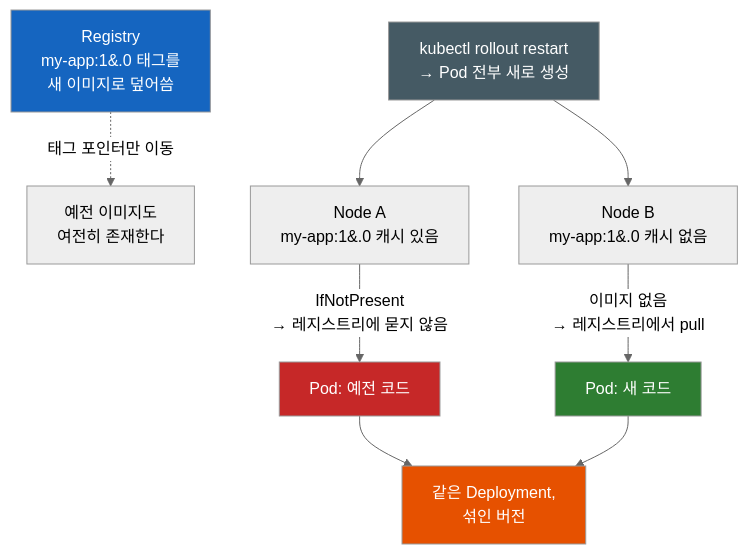
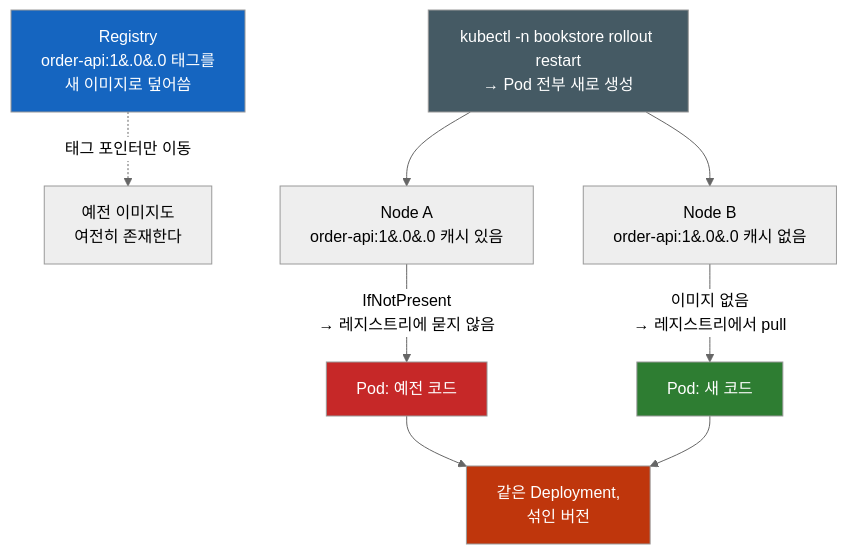
The first of 3 diagrams in kubernetes/Kubernetes-Image-Tag-Digest.md (sskim91/TIL), drawn with Mermaid (neutral theme) before and after one commit. The commit also changed other lines of this file and 39 other files, not shown here.

````diff
--- a/kubernetes/Kubernetes-Image-Tag-Digest.md
+++ b/kubernetes/Kubernetes-Image-Tag-Digest.md
@@ -19,22 +19,22 @@
 ```mermaid
 flowchart TB
-    reg["Registry<br>my-app:1&#46;0 태그를<br>새 이미지로 덮어씀"]
+    reg["Registry<br>order-api:1&#46;0&#46;0 태그를<br>새 이미지로 덮어씀"]
     reg -.->|"태그 포인터만 이동"| note["예전 이미지도<br>여전히 존재한다"]
 
-    restart["kubectl rollout restart<br>→ Pod 전부 새로 생성"]
+    restart["kubectl -n bookstore rollout restart<br>→ Pod 전부 새로 생성"]
 
-    restart --> nA["Node A<br>my-app:1&#46;0 캐시 있음"]
-    restart --> nB["Node B<br>my-app:1&#46;0 캐시 없음"]
+    restart --> nA["Node A<br>order-api:1&#46;0&#46;0 캐시 있음"]
+    restart --> nB["Node B<br>order-api:1&#46;0&#46;0 캐시 없음"]
 
     nA -->|"IfNotPresent<br>→ 레지스트리에 묻지 않음"| oldp["Pod: 예전 코드"]
     nB -->|"이미지 없음<br>→ 레지스트리에서 pull"| newp["Pod: 새 코드"]
 
     oldp --> mix["같은 Deployment,<br>섞인 버전"]
     newp --> mix
 
     style reg fill:#1565C0,color:#fff
     style restart fill:#455A64,color:#fff
     style oldp fill:#C62828,color:#fff
     style newp fill:#2E7D32,color:#fff
-    style mix fill:#E65100,color:#fff
+    style mix fill:#BF360C,color:#fff
 ```
````
